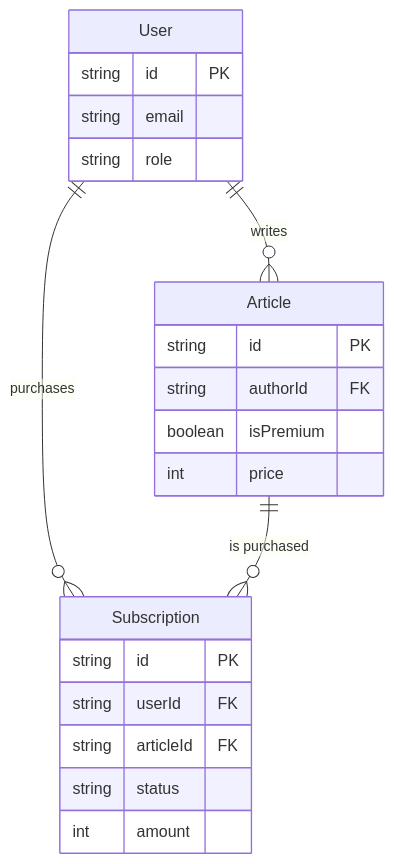
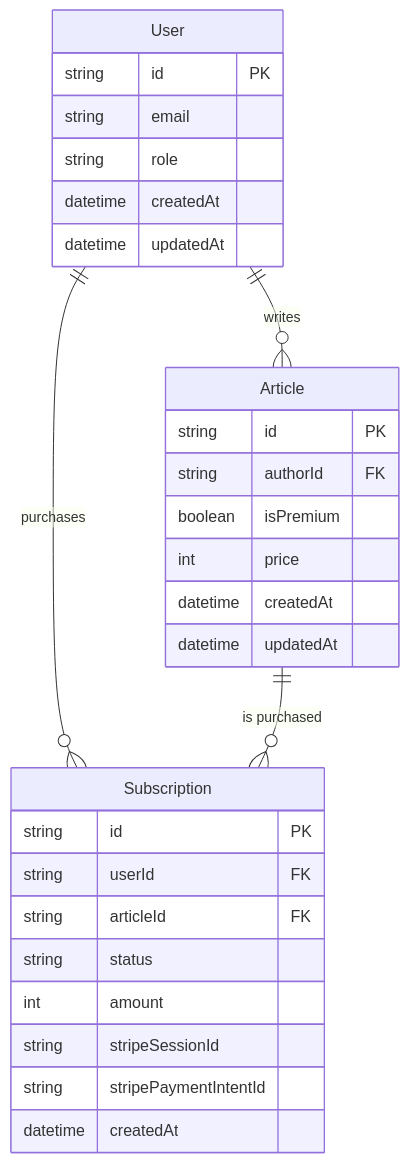
One commit to toki-sumo/PostNest changed the first of 2 diagrams in README.md. Above: the diagram before and after it, drawn with Mermaid. The commit also changed other lines of this file and 1 other file, not shown here.

Commit message:
docs: align headings with TOC (add main-features, group middleware under security); complete troubleshooting; enrich ER diagram; confirm docs/architecture.md

````diff
--- a/README.md
+++ b/README.md
@@ -535,25 +534,32 @@
 ```mermaid
 erDiagram
   User ||--o{ Article : "writes"
   User ||--o{ Subscription : "purchases"
   Article ||--o{ Subscription : "is purchased"
 
   User {
     string id PK
     string email
     string role
+    datetime createdAt
+    datetime updatedAt
   }
   Article {
     string id PK
     string authorId FK
     boolean isPremium
     int price
+    datetime createdAt
+    datetime updatedAt
   }
   Subscription {
     string id PK
     string userId FK
     string articleId FK
     string status
     int amount
+    string stripeSessionId
+    string stripePaymentIntentId
+    datetime createdAt
   }
 ```
````
